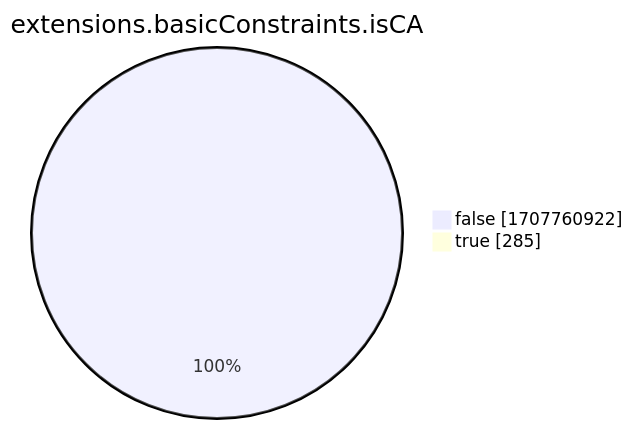
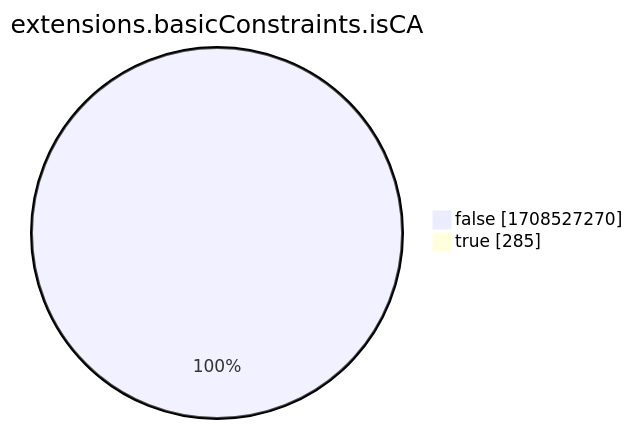
Before and after one commit to christiankrug/ctmonitor_visualization: the eighth of 15 diagrams in xenon2022/README.md, drawn with Mermaid. The commit also changed other lines of this file, not shown here.

````diff
--- a/xenon2022/README.md
+++ b/xenon2022/README.md
@@ -2865,6 +2865,6 @@
 ```mermaid
 pie showData
 title extensions.basicConstraints.isCA
-"false" :1707760922
+"false" :1708527270
 "true" :285
 ```
````
